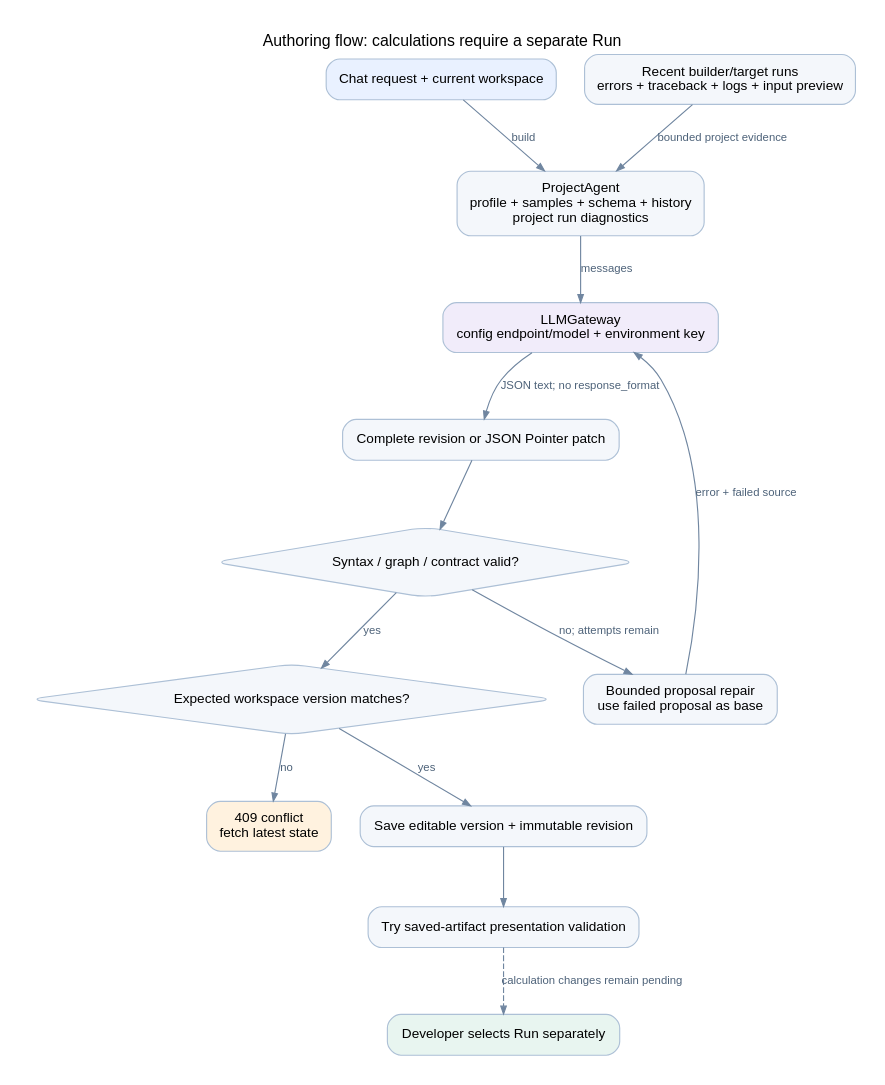
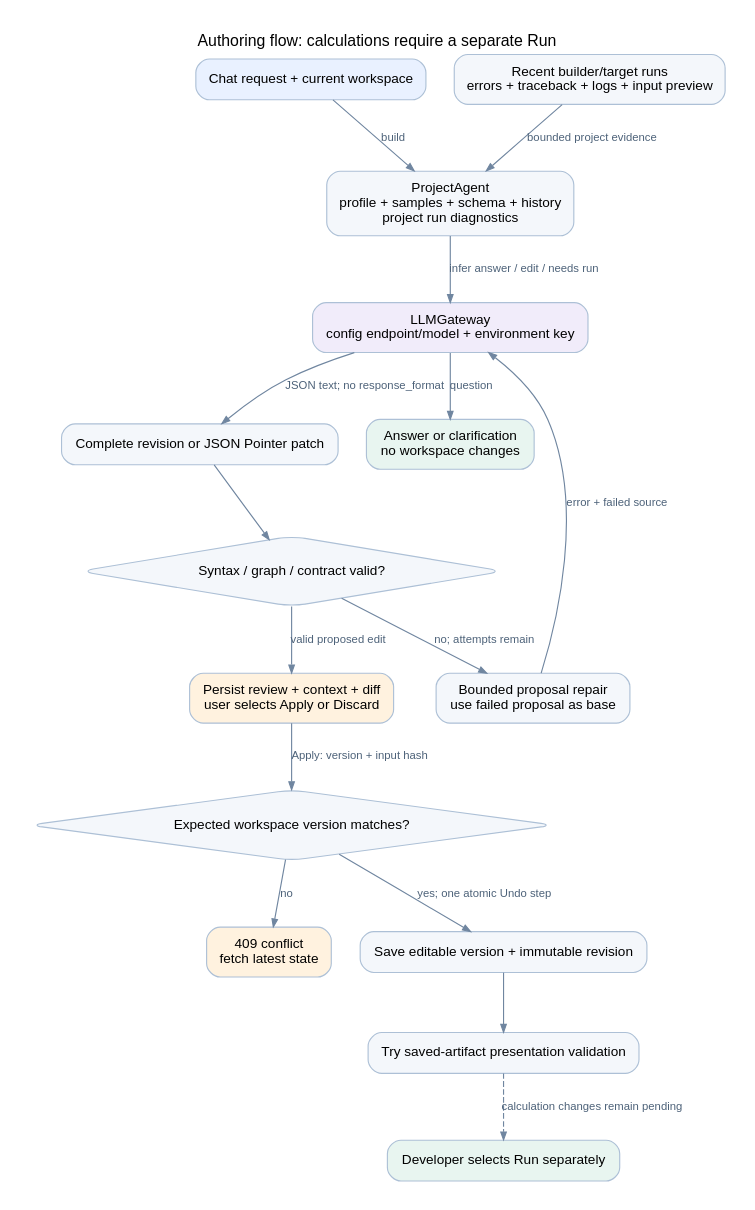
One commit to ankdesh/build-with-terminator changed the diagram in llm/data_analysis_agent/docs/developer/diagrams/authoring.dot. Above: the diagram before and after it, drawn with Graphviz. The commit also changed 39 other files, not shown here.

```diff
--- a/llm/data_analysis_agent/docs/developer/diagrams/authoring.dot
+++ b/llm/data_analysis_agent/docs/developer/diagrams/authoring.dot
@@ -1,31 +1,36 @@
 digraph "authoring" {
  graph [rankdir=TB,bgcolor="white",pad="0.25",nodesep="0.35",ranksep="0.65",fontname="Arial",fontsize=14,label="Authoring flow: calculations require a separate Run",labelloc=t];
  node [shape=box,style="rounded,filled",fillcolor="#f4f7fb",color="#adc0d6",fontname="Arial",fontsize=12,margin="0.16,0.12"];
  edge [color="#7086a0",fontcolor="#4d6279",fontname="Arial",fontsize=10,arrowsize=0.7];
 
 browser [label="Chat request + current workspace",fillcolor="#e9f1ff"];
 context [label="ProjectAgent\nprofile + samples + schema + history\nproject run diagnostics"];
 gateway [label="LLMGateway\nconfig endpoint/model + environment key",fillcolor="#f1ecfa"];
 proposal [label="Complete revision or JSON Pointer patch"];
 validate [label="Syntax / graph / contract valid?",shape=diamond];
 repair [label="Bounded proposal repair\nuse failed proposal as base"];
 cas [label="Expected workspace version matches?",shape=diamond];
 conflict [label="409 conflict\nfetch latest state",fillcolor="#fff2df"];
 save [label="Save editable version + immutable revision"];
 presentation [label="Try saved-artifact presentation validation"];
 run [label="Developer selects Run separately",fillcolor="#e8f5f0"];
 browser -> context [label="build"];
-context -> gateway [label="messages"];
+context -> gateway [label="infer answer / edit / needs run"];
+answer [label="Answer or clarification\nno workspace changes",fillcolor="#e8f5f0"];
+gateway -> answer [label="question"];
 gateway -> proposal [label="JSON text; no response_format"];
 logs [label="Recent builder/target runs\nerrors + traceback + logs + input preview"];
 logs -> context [label="bounded project evidence"];
 proposal -> validate;
 validate -> repair [label="no; attempts remain"];
 repair -> gateway [label="error + failed source"];
-validate -> cas [label="yes"];
+
 cas -> conflict [label="no"];
-cas -> save [label="yes"];
+review [label="Persist review + context + diff\nuser selects Apply or Discard",fillcolor="#fff2df"];
+validate -> review [label="valid proposed edit"];
+review -> cas [label="Apply: version + input hash"];
+cas -> save [label="yes; one atomic Undo step"];
 save -> presentation;
 presentation -> run [label="calculation changes remain pending",style=dashed];
 
 }
```
